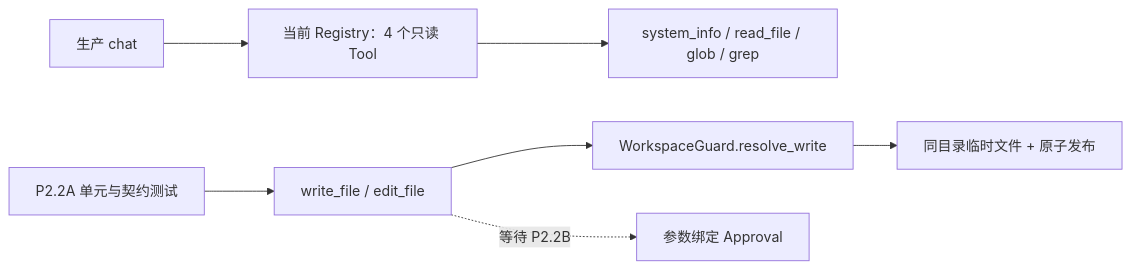
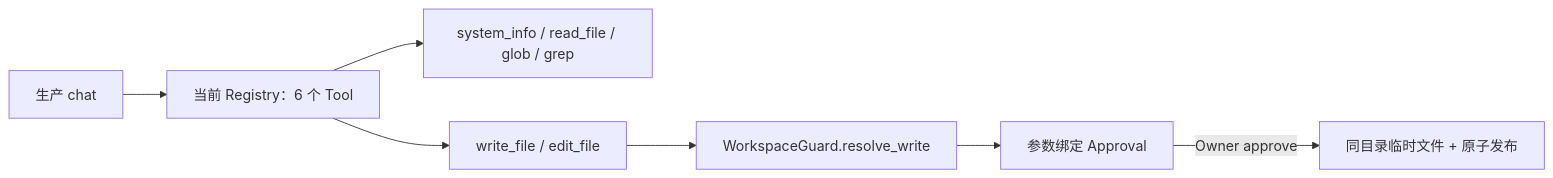
Before and after one commit to NEDONION/lobster0: the first of 3 diagrams in docs/engineering/phase-2/filesystem-tools.md, drawn with Mermaid. The commit also changed other lines of this file and 17 other files, not shown here.

````diff
--- a/docs/engineering/phase-2/filesystem-tools.md
+++ b/docs/engineering/phase-2/filesystem-tools.md
@@ -25,10 +25,9 @@
 ```mermaid
 flowchart LR
-    MODEL["生产 chat"] --> REGISTRY["当前 Registry：4 个只读 Tool"]
+    MODEL["生产 chat"] --> REGISTRY["当前 Registry：6 个 Tool"]
     REGISTRY --> READ["system_info / read_file / glob / grep"]
-
-    TEST["P2.2A 单元与契约测试"] --> WRITE["write_file / edit_file"]
+    REGISTRY --> WRITE["write_file / edit_file"]
     WRITE --> GUARD["WorkspaceGuard.resolve_write"]
-    GUARD --> ATOMIC["同目录临时文件 + 原子发布"]
-    WRITE -. "等待 P2.2B" .-> APPROVAL["参数绑定 Approval"]
+    GUARD --> APPROVAL["参数绑定 Approval"]
+    APPROVAL -->|"Owner approve"| ATOMIC["同目录临时文件 + 原子发布"]
 ```
````
